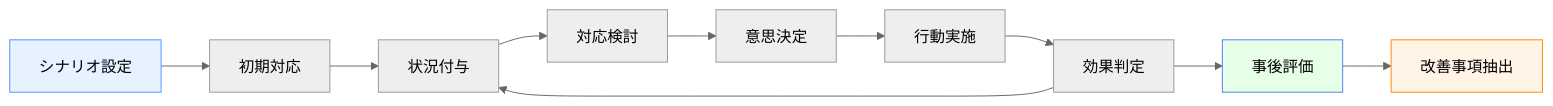
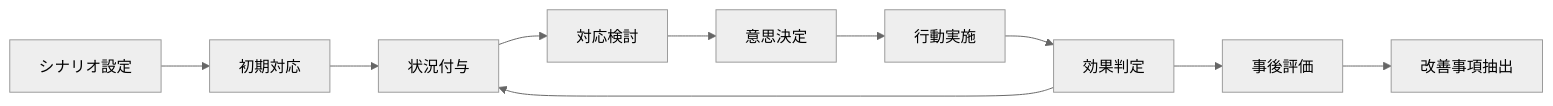
Before and after one commit to shuji-bonji/Situational-Awareness-and-Decision-Making: the fifth of 8 diagrams in docs/applications/emergency-sa.md, drawn with Mermaid (neutral theme). The commit also changed other lines of this file and 49 other files, not shown here.

Commit message:
fix: ダークモードで見づらい図の色の変更

````diff
--- a/docs/applications/emergency-sa.md
+++ b/docs/applications/emergency-sa.md
@@ -306,17 +306,17 @@
 ```mermaid
 graph LR
     A[シナリオ設定] --> B[初期対応]
     B --> C[状況付与]
     C --> D[対応検討]
     D --> E[意思決定]
     E --> F[行動実施]
     F --> G[効果判定]
     G --> C
     
     G --> H[事後評価]
     H --> I[改善事項抽出]
     
-    style A fill:#e6f2ff,stroke:#4d94ff
-    style H fill:#e6ffe6,stroke:#4d7fff
-    style I fill:#fff4e6,stroke:#ff8c00
+
+
+
 ```
````
